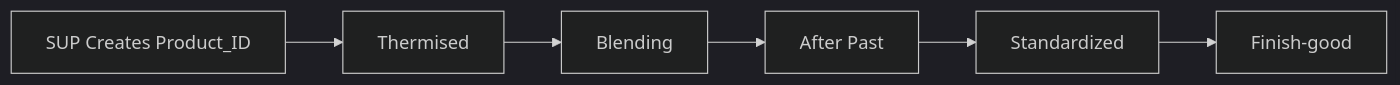
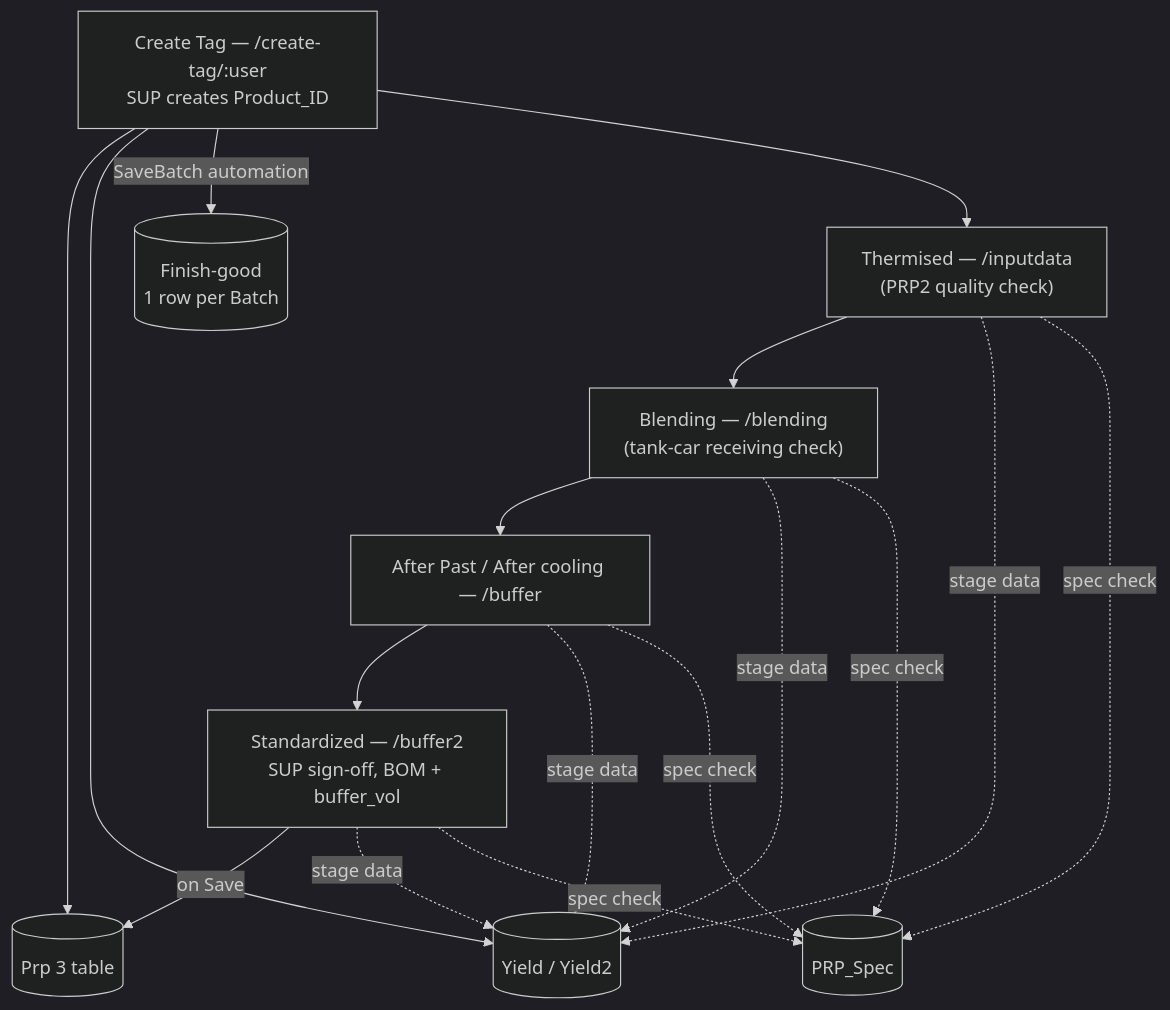
The first of 2 diagrams in PRP Dairy Mixing and Quality Control/prp3/readme.md (Tkyaemsuk/Digitalization_QSM_AND_PRP_Project), drawn with Mermaid (dark theme) before and after one commit. The commit also changed other lines of this file, not shown here.

First line of the commit message:
Revise PRP3 readme for clarity and structure

````diff
--- a/PRP Dairy Mixing and Quality Control/prp3/readme.md
+++ b/PRP Dairy Mixing and Quality Control/prp3/readme.md
@@ -52,14 +15,14 @@
 ```mermaid
-flowchart LR
-
-    A["SUP Creates Product_ID"]
-    --> B["Thermised"]
-
-    B --> C["Blending"]
-
-    C --> D["After Past"]
-
-    D --> E["Standardized"]
-
-    E --> F["Finish-good"]
+flowchart TD
+    A["Create Tag — /create-tag/:user<br/>SUP creates Product_ID"]
+    A --> T[("Prp 3 table")]
+    A --> Y[("Yield / Yield2")]
+    A -->|"SaveBatch automation"| F[("Finish-good<br/>1 row per Batch")]
+    A --> B["Thermised — /inputdata<br/>(PRP2 quality check)"]
+    B --> C["Blending — /blending<br/>(tank-car receiving check)"]
+    C --> D["After Past / After cooling — /buffer"]
+    D --> E["Standardized — /buffer2<br/>SUP sign-off, BOM + buffer_vol"]
+    E -->|"on Save"| T
+    B & C & D & E -.->|"stage data"| Y
+    B & C & D & E -.->|"spec check"| S[("PRP_Spec")]
 ```
````
